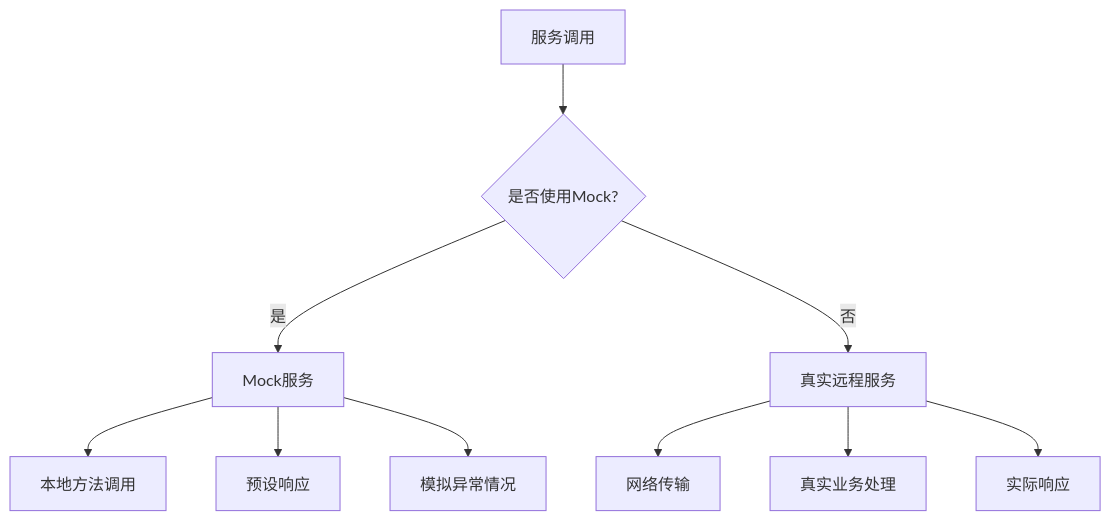
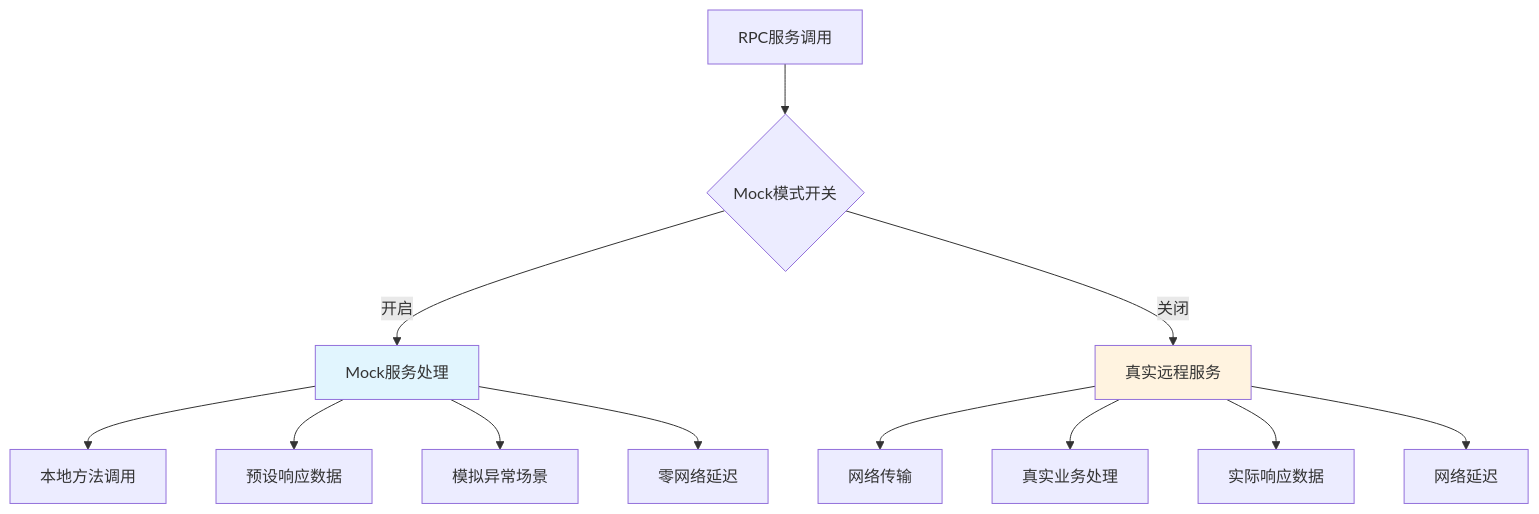
One commit to 2042159221/learn-RPC changed the first of 4 diagrams in doc/Mock服务实现.md. Above: the diagram before and after it, drawn with Mermaid. The commit also changed other lines of this file and 30 other files, not shown here.

````diff
--- a/doc/Mock服务实现.md
+++ b/doc/Mock服务实现.md
@@ -19,14 +26,19 @@
 ```mermaid
 graph TD
-    A[服务调用] --> B{是否使用Mock?}
-    B -->|是| C[Mock服务]
-    B -->|否| D[真实远程服务]
-    
+    A[RPC服务调用] --> B{Mock模式开关}
+    B -->|开启| C[Mock服务处理]
+    B -->|关闭| D[真实远程服务]
+
     C --> E[本地方法调用]
-    C --> F[预设响应]
-    C --> G[模拟异常情况]
-    
-    D --> H[网络传输]
-    D --> I[真实业务处理]
-    D --> J[实际响应]
+    C --> F[预设响应数据]
+    C --> G[模拟异常场景]
+    C --> H[零网络延迟]
+
+    D --> I[网络传输]
+    D --> J[真实业务处理]
+    D --> K[实际响应数据]
+    D --> L[网络延迟]
+
+    style C fill:#e1f5fe
+    style D fill:#fff3e0
 ```
````
